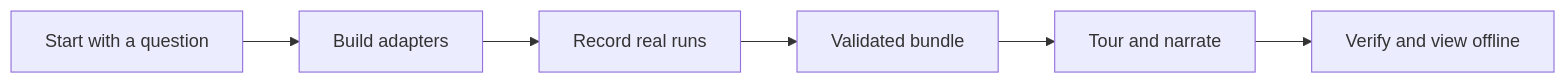
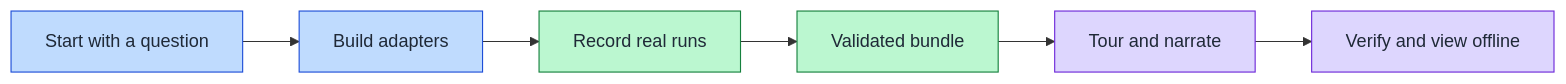
Before and after one commit to victusfate/scaffold: the diagram in docs/diagrams/pages/mind-meld.md, drawn with Mermaid. The commit also changed other lines of this file and 20 other files, not shown here.

First line of the commit message:
docs(diagram-explorer-md): lane colors from the diagram palette; short LLM block

````diff
--- a/docs/diagrams/pages/mind-meld.md
+++ b/docs/diagrams/pages/mind-meld.md
@@ -7,8 +7,14 @@
 ```mermaid
 flowchart LR
   n_question["Start with a question"] --> n_adapters["Build adapters"]
   n_adapters["Build adapters"] --> n_run["Record real runs"]
   n_run["Record real runs"] --> n_bundle["Validated bundle"]
   n_bundle["Validated bundle"] --> n_tour["Tour and narrate"]
   n_tour["Tour and narrate"] --> n_view["Verify and view offline"]
+  classDef lane0 fill:#bfdbfe,stroke:#1d4ed8,color:#1f2937
+  classDef lane1 fill:#bbf7d0,stroke:#15803d,color:#1f2937
+  classDef lane2 fill:#ddd6fe,stroke:#6d28d9,color:#1f2937
+  class n_question,n_adapters lane0
+  class n_run,n_bundle lane1
+  class n_tour,n_view lane2
 ```
````
